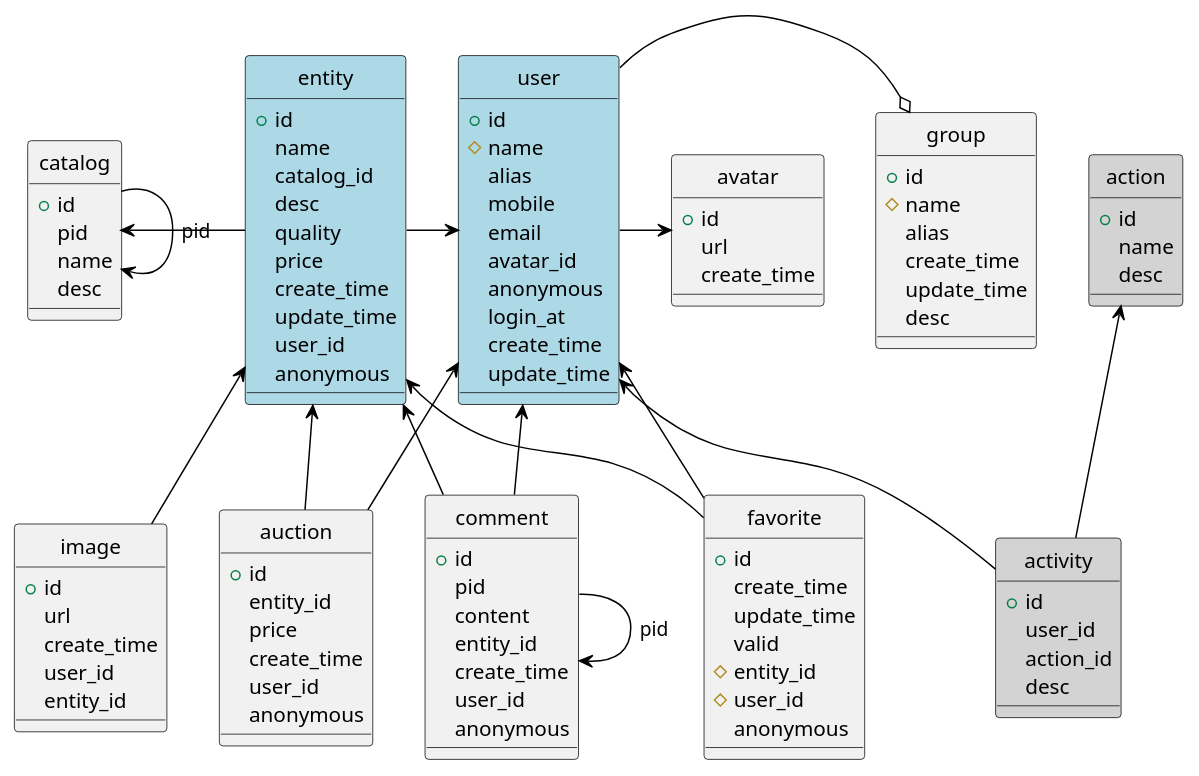
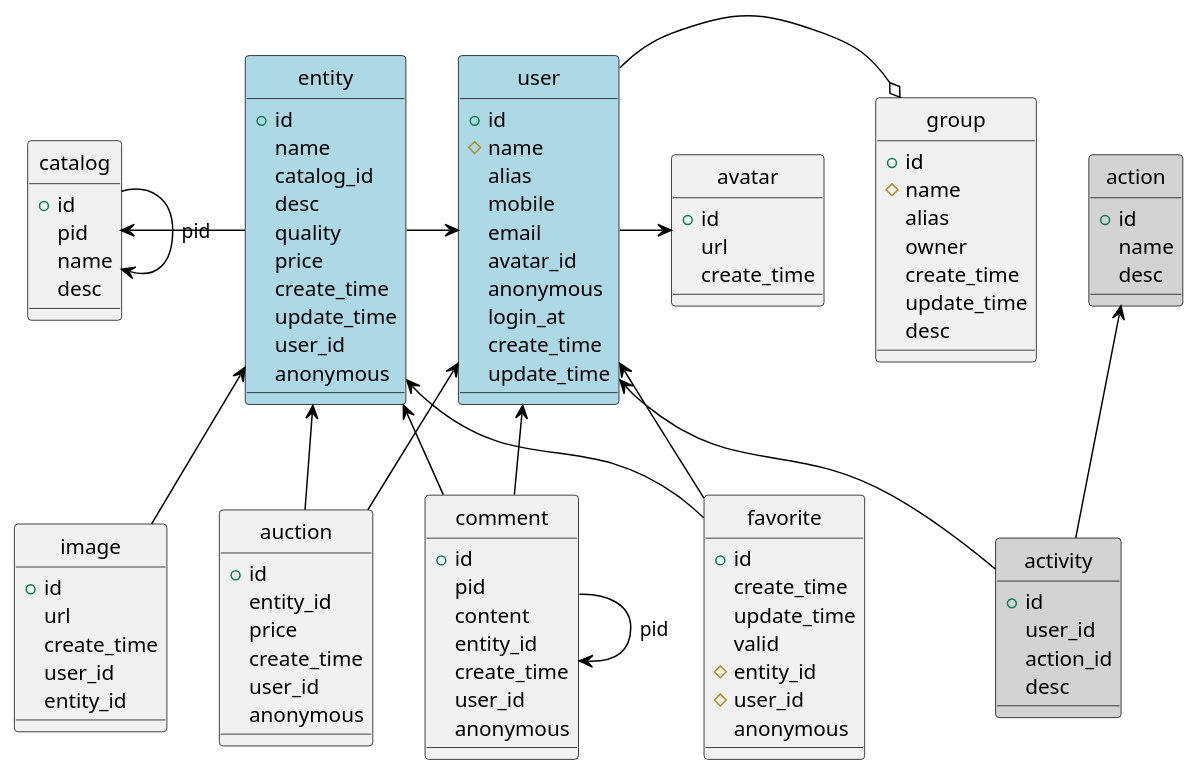
One commit to neo-nie/flea-market changed the diagram in private/db/flea-model.puml. Above: the diagram before and after it, drawn with PlantUML. The commit also changed 1 other file, not shown here.

```diff
--- a/private/db/flea-model.puml
+++ b/private/db/flea-model.puml
@@ -1,129 +1,130 @@
 @startuml
 
 'skinparam monochrome true
 'skinparam classBackgroundColor White
 skinparam classArrowColor Black
 skinparam classBorderColor Black
 skinparam stereotypeCBackgroundColor Gray
 'hide members
 hide circle
 
 class user #LightBlue {
     +id      
     #name   
     alias    
     mobile      
     email        
     avatar_id   
     anonymous   
     login_at
     create_time
     update_time
 }
 
 class group {
     +id
     #name
     alias
+    owner
     create_time
     update_time
     desc
 }
 
 class avatar {
     +id
     url
     create_time
 }
 
 class catalog {
     +id
     pid
     name
     desc
 }
 
 class entity #LightBlue {
     +id
     name
     catalog_id
     desc
     quality
     price
     create_time
     update_time
     user_id
     anonymous
 }
 
 class favorite {
     +id
     create_time
     update_time
     valid
     #entity_id
     #user_id
     anonymous
 }
 
 class comment {
     +id
     pid
     content
     entity_id
     create_time
     user_id
     anonymous
 }
 
 class auction {
     +id
     entity_id
     price
     create_time
     user_id
     anonymous
 }
 
 class image {
     +id
     url
     create_time
     user_id
     entity_id
 }
 
 class action #LightGray {
     +id
     name
     desc
 }
 
 class activity #LightGray {
     +id
     user_id
     action_id
     desc
 }
 
 group o-l- user
 user -r-> avatar
 entity -l-> catalog
 entity -r-> user
 catalog --> catalog : pid
 
 image -u-> entity
 favorite -u-> user
 favorite -u-> entity
 
 comment -u-> user
 comment -u-> entity
 comment --> comment : pid
 
 auction -u-> user
 auction -u-> entity
 
 activity -u-> action
 activity -u-> user
 
 @enduml
```
